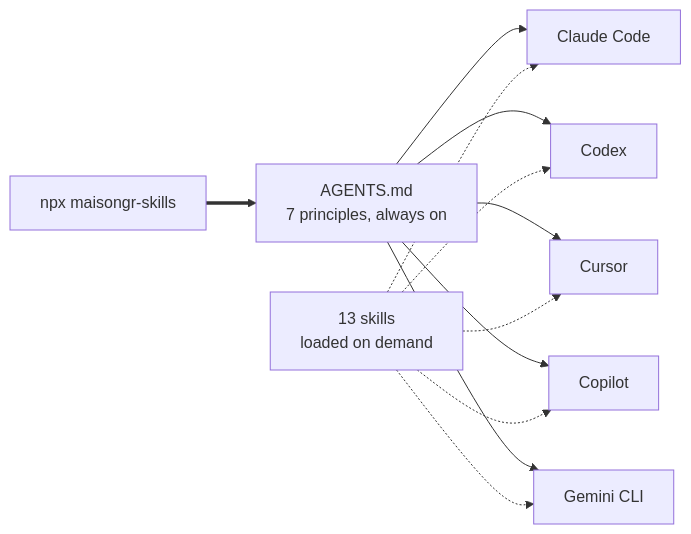
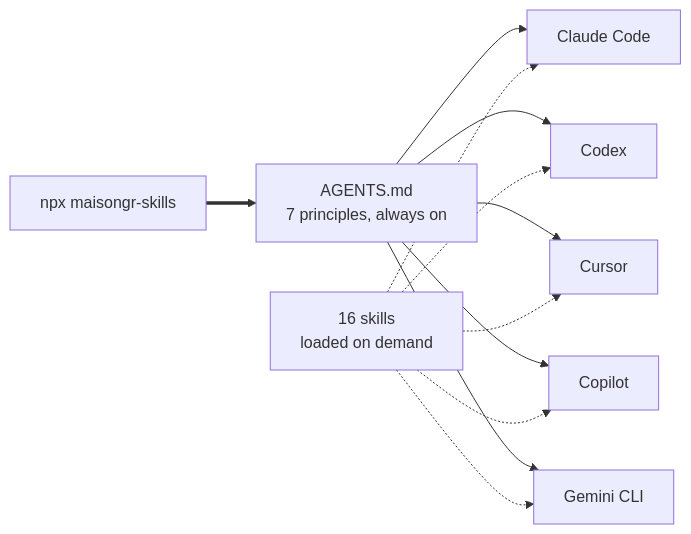
The first of 2 diagrams in README.md (maison-gr/maisongr-skills), drawn with Mermaid before and after one commit. The commit also changed other lines of this file and 8 other files, not shown here.

````diff
--- a/README.md
+++ b/README.md
@@ -100,10 +100,10 @@
 ```mermaid
 flowchart LR
     N["npx maisongr-skills"] ==> A
     A["AGENTS.md<br/>7 principles, always on"] --> C[Claude Code]
     A --> X[Codex]
     A --> U[Cursor]
     A --> P[Copilot]
     A --> G[Gemini CLI]
-    S["13 skills<br/>loaded on demand"] -.-> C & X & U & P & G
+    S["16 skills<br/>loaded on demand"] -.-> C & X & U & P & G
 ```
````
